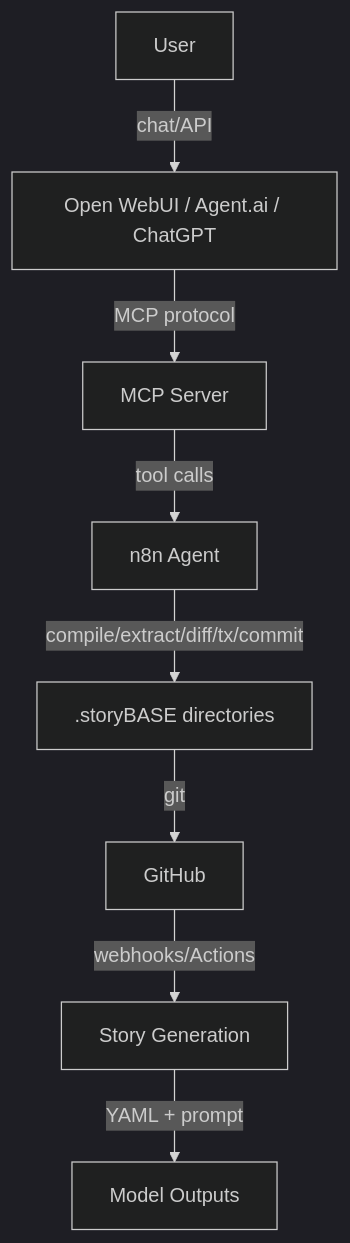
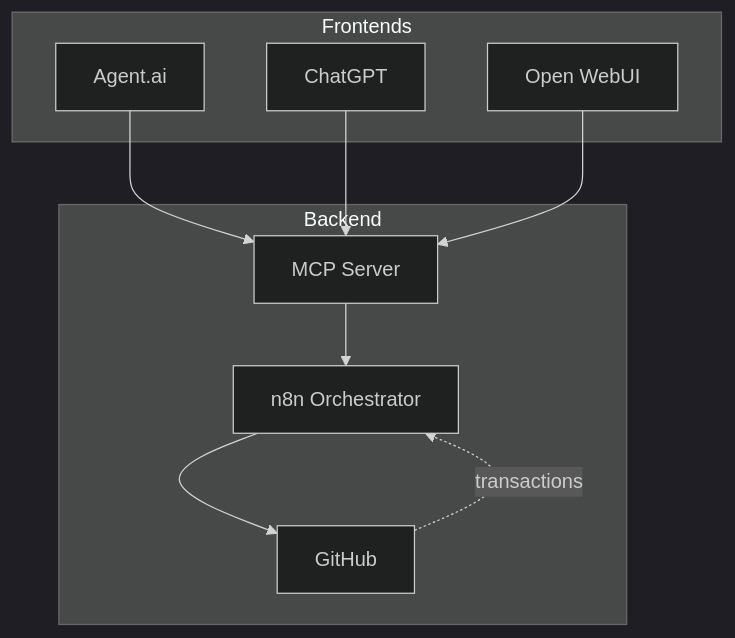
One commit to Synthetic-Identity-Co/conj-talk-2025 changed the fourth of 5 diagrams in presenter.md. Above: the diagram before and after it, drawn with Mermaid (dark theme). The commit also changed other lines of this file, not shown here.

Commit message:
story:  aa36dee566e9ae5eda5350c0c846cf7d6d216591

````diff
--- a/presenter.md
+++ b/presenter.md
@@ -179,10 +172,17 @@
 ```mermaid
 graph TB
-    A[User] -->|chat/API| B[Open WebUI / Agent.ai / ChatGPT]
-    B -->|MCP protocol| C[MCP Server]
-    C -->|tool calls| D[n8n Agent]
-    D -->|compile/extract/diff/tx/commit| E[.storyBASE directories]
-    E -->|git| F[GitHub]
-    F -->|webhooks/Actions| G[Story Generation]
-    G -->|YAML + prompt| H[Model Outputs]
+    subgraph Frontends
+        F1[Agent.ai]
+        F2[ChatGPT]
+        F3[Open WebUI]
+    end
+    subgraph Backend
+        MCP[MCP Server]
+        N8N[n8n Orchestrator]
+        GIT[GitHub]
+    end
+    F1 & F2 & F3 --> MCP
+    MCP --> N8N
+    N8N --> GIT
+    GIT -.transactions.-> N8N
 ```
````
